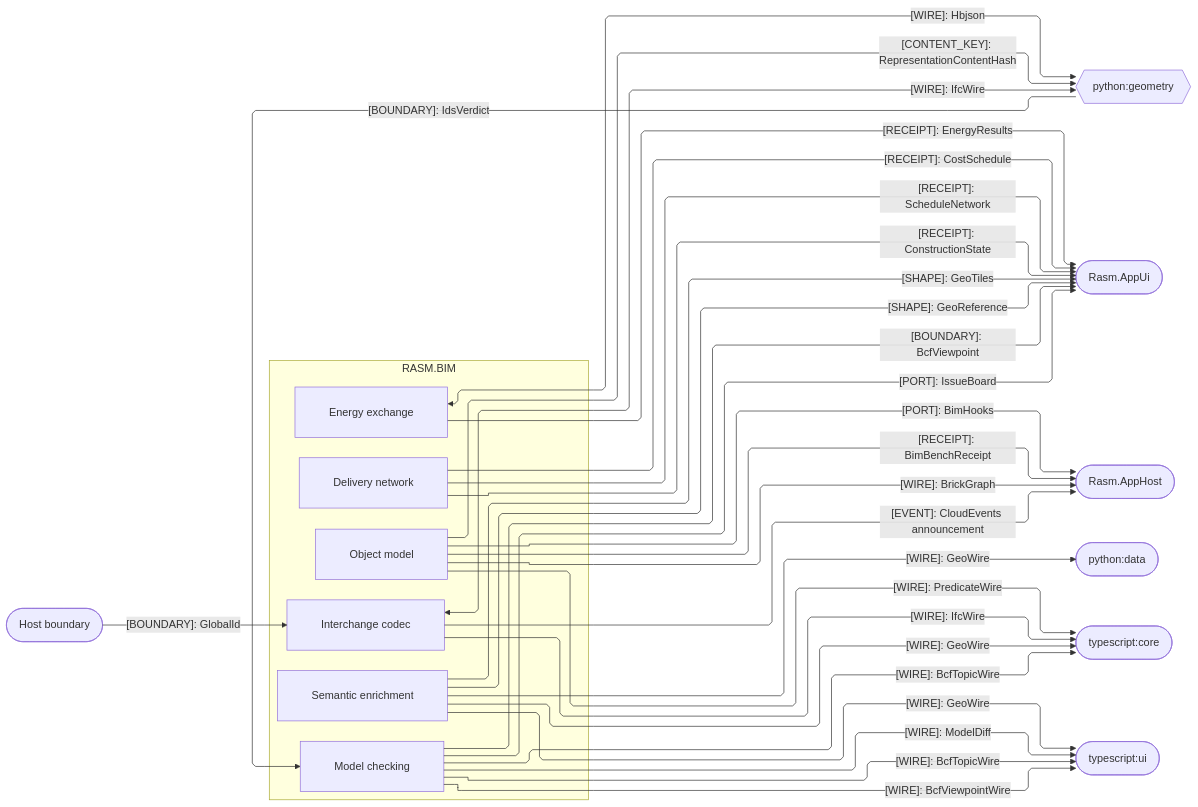
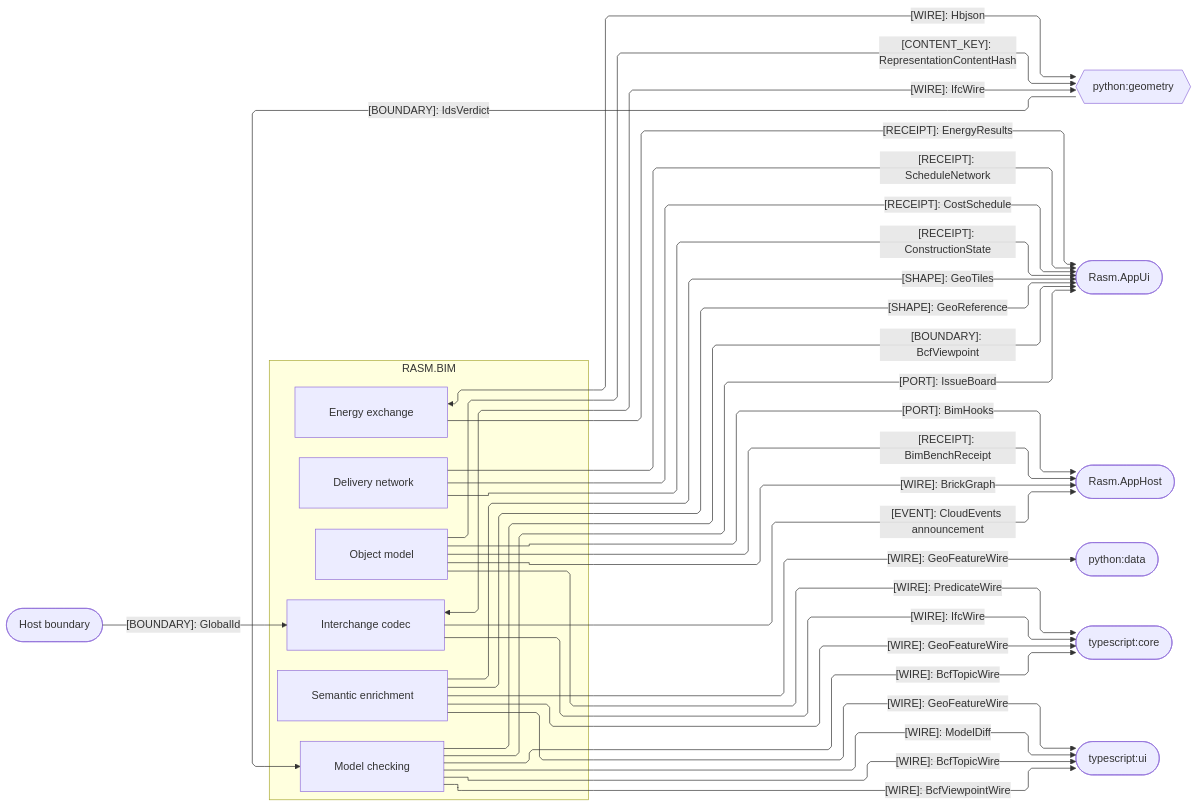
Before and after one commit to bsamiee/Rasm: the third of 4 diagrams in libs/csharp/Rasm.Bim/ARCHITECTURE.md, drawn with Mermaid. The commit also changed other lines of this file and 115 other files, not shown here.

First line of the commit message:
Land the index-doc, cross-libs planning, and manifest delta

````diff
--- a/libs/csharp/Rasm.Bim/ARCHITECTURE.md
+++ b/libs/csharp/Rasm.Bim/ARCHITECTURE.md
@@ -185,53 +196,53 @@
 ```mermaid
 ---
 config:
   layout: elk
   flowchart:
     curve: linear
     padding: 25
 ---
 flowchart LR
     accTitle: Bim cross-runtime, presentation, and host seams
-    accDescr: Bim owners exchanging wires, shapes, ports, receipts, content keys, and boundaries with the cross-runtime peers, the app platform, and the host boundary.
+    accDescr: Which kinded wires cross between Bim's owners and the cross-runtime peers, the app platform, and the host boundary.
     subgraph bim[RASM.BIM]
         Model[Object model]
         Semantics[Semantic enrichment]
         Exchange[Interchange codec]
         Review[Model checking]
         Energy[Energy exchange]
         Planning[Delivery network]
     end
     Geometry{{python:geometry}}
     AppUi([Rasm.AppUi])
     AppHost([Rasm.AppHost])
     Host([Host boundary])
     Data([python:data])
     Core([typescript:core])
     Ui([typescript:ui])
-    Exchange <-->|"[WIRE]: IfcWire"| Geometry
-    Model -->|"[CONTENT_KEY]: RepresentationContentHash"| Geometry
-    Geometry -->|"[BOUNDARY]: IdsVerdict"| Review
-    Energy <-->|"[WIRE]: Hbjson"| Geometry
-    Energy -->|"[RECEIPT]: EnergyResults"| AppUi
-    Semantics -->|"[SHAPE]: GeoTiles"| AppUi
-    Semantics -->|"[SHAPE]: GeoReference"| AppUi
-    Planning -->|"[RECEIPT]: CostSchedule"| AppUi
-    Planning -->|"[RECEIPT]: ScheduleNetwork"| AppUi
-    Planning -->|"[RECEIPT]: ConstructionState"| AppUi
-    Review -->|"[PORT]: IssueBoard"| AppUi
-    Review -->|"[BOUNDARY]: BcfViewpoint"| AppUi
-    Model -->|"[PORT]: BimHooks"| AppHost
-    Model -->|"[RECEIPT]: BimBenchReceipt"| AppHost
-    Model -->|"[WIRE]: BrickGraph"| AppHost
-    Exchange -->|"[EVENT]: CloudEvents announcement"| AppHost
-    Host -->|"[BOUNDARY]: GlobalId"| Exchange
-    Semantics -->|"[WIRE]: GeoWire"| Data
-    Model -->|"[WIRE]: PredicateWire"| Core
-    Exchange -->|"[WIRE]: IfcWire"| Core
-    Review -->|"[WIRE]: BcfTopicWire"| Core
-    Semantics -->|"[WIRE]: GeoWire"| Core
-    Review -->|"[WIRE]: BcfTopicWire"| Ui
-    Review -->|"[WIRE]: BcfViewpointWire"| Ui
-    Semantics -->|"[WIRE]: GeoWire"| Ui
-    Review -->|"[WIRE]: ModelDiff"| Ui
+    Exchange e1@<-->|"[WIRE]: IfcWire"| Geometry
+    Model e2@-->|"[CONTENT_KEY]: RepresentationContentHash"| Geometry
+    Geometry e3@-->|"[BOUNDARY]: IdsVerdict"| Review
+    Energy e4@<-->|"[WIRE]: Hbjson"| Geometry
+    Energy e5@-->|"[RECEIPT]: EnergyResults"| AppUi
+    Semantics e6@-->|"[SHAPE]: GeoTiles"| AppUi
+    Semantics e7@-->|"[SHAPE]: GeoReference"| AppUi
+    Planning e8@-->|"[RECEIPT]: ScheduleNetwork"| AppUi
+    Planning e9@-->|"[RECEIPT]: CostSchedule"| AppUi
+    Planning e10@-->|"[RECEIPT]: ConstructionState"| AppUi
+    Review e11@-->|"[PORT]: IssueBoard"| AppUi
+    Review e12@-->|"[BOUNDARY]: BcfViewpoint"| AppUi
+    Model e13@-->|"[PORT]: BimHooks"| AppHost
+    Model e14@-->|"[RECEIPT]: BimBenchReceipt"| AppHost
+    Model e15@-->|"[WIRE]: BrickGraph"| AppHost
+    Exchange e16@-->|"[EVENT]: CloudEvents announcement"| AppHost
+    Host e17@-->|"[BOUNDARY]: GlobalId"| Exchange
+    Semantics e18@-->|"[WIRE]: GeoFeatureWire"| Data
+    Model e19@-->|"[WIRE]: PredicateWire"| Core
+    Exchange e20@-->|"[WIRE]: IfcWire"| Core
+    Review e21@-->|"[WIRE]: BcfTopicWire"| Core
+    Semantics e22@-->|"[WIRE]: GeoFeatureWire"| Core
+    Review e23@-->|"[WIRE]: BcfTopicWire"| Ui
+    Review e24@-->|"[WIRE]: BcfViewpointWire"| Ui
+    Semantics e25@-->|"[WIRE]: GeoFeatureWire"| Ui
+    Review e26@-->|"[WIRE]: ModelDiff"| Ui
 ```
````
